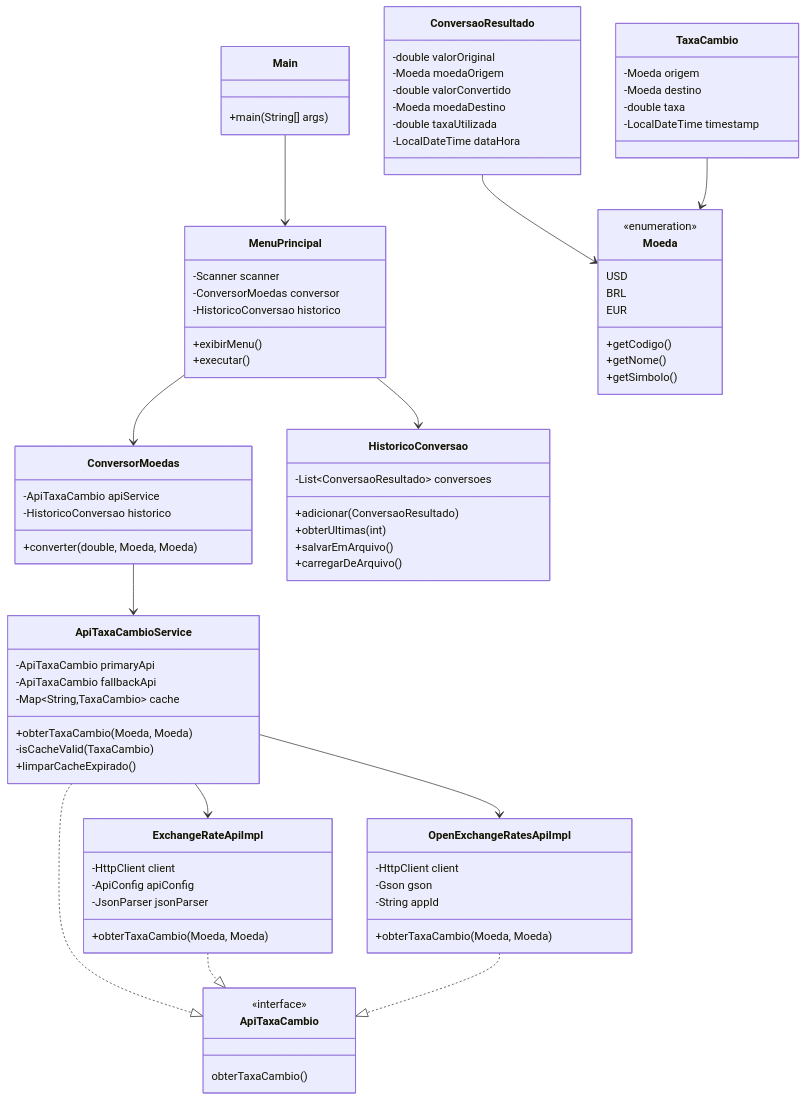
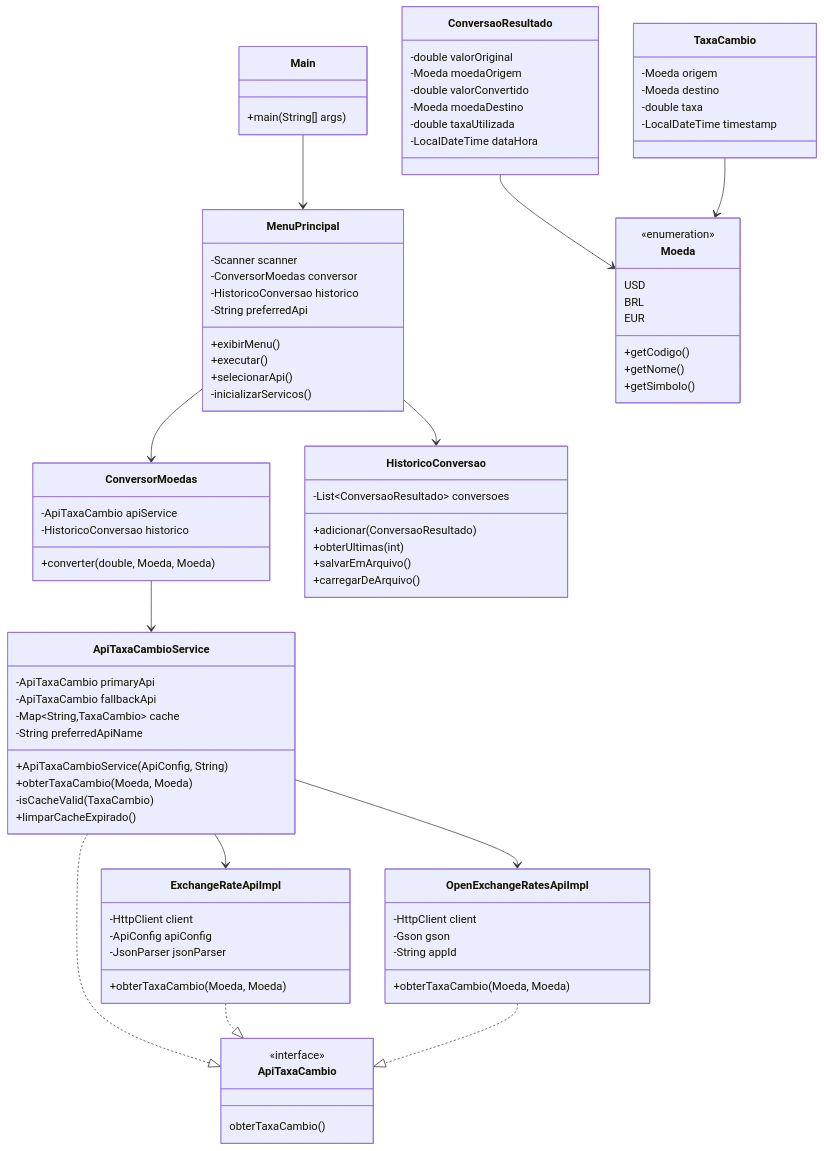
Before and after one commit to DessimA/Conversor-de-Moedas: the third of 3 diagrams in README.md, drawn with Mermaid. The commit also changed other lines of this file and 4 other files, not shown here.

```diff
--- a/README.md
+++ b/README.md
@@ -113,8 +121,11 @@
         -Scanner scanner
         -ConversorMoedas conversor
         -HistoricoConversao historico
+        -String preferredApi
         +exibirMenu()
         +executar()
+        +selecionarApi()
+        -inicializarServicos()
     }
     
     class Moeda {
@@ -153,6 +164,8 @@
         -ApiTaxaCambio primaryApi
         -ApiTaxaCambio fallbackApi
         -Map~String,TaxaCambio~ cache
+        -String preferredApiName
+        +ApiTaxaCambioService(ApiConfig, String)
         +obterTaxaCambio(Moeda, Moeda)
         -isCacheValid(TaxaCambio)
         +limparCacheExpirado()
```
